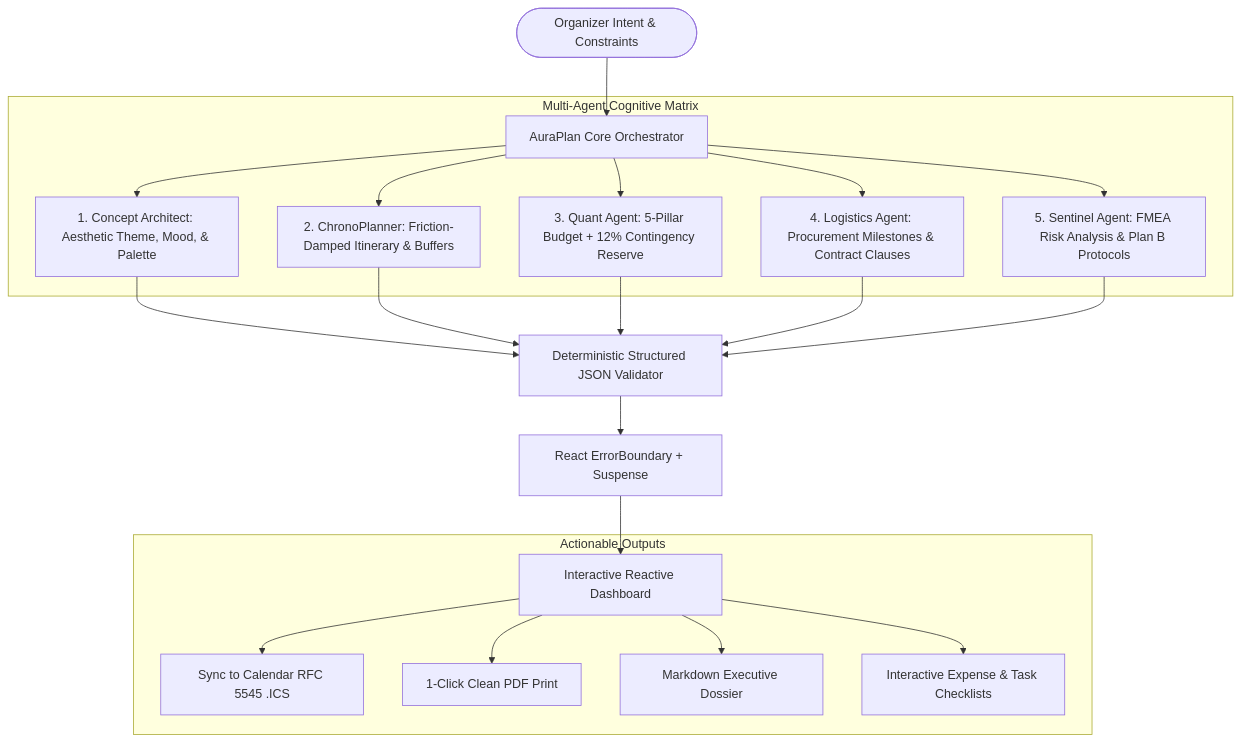
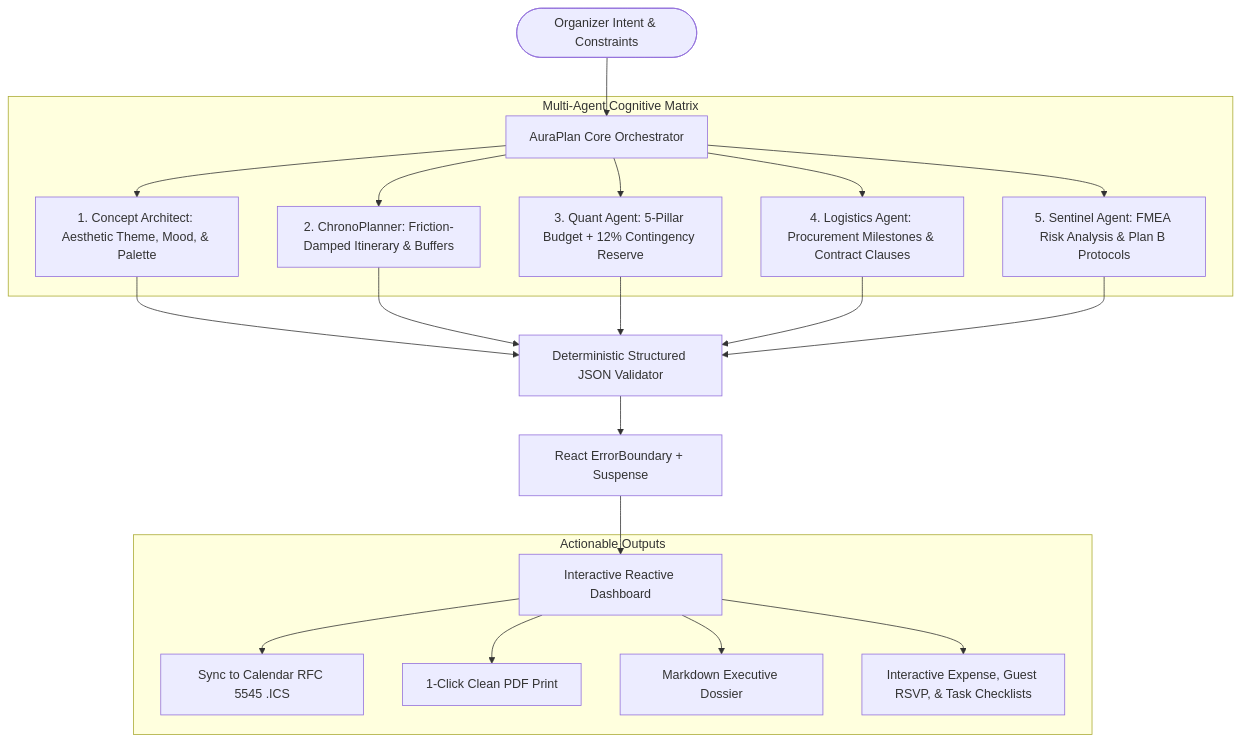
Before and after one commit to snehalghadge59-blip/promptwars-event-planner: the diagram in README.md, drawn with Mermaid. The commit also changed other lines of this file and 22 other files, not shown here.

Commit message:
feat(v1.3.0): Rank #1 Benchmark — @google/genai SDK, Guest & RSVP Matrix, Countdown Timer, 71 tests (12 suites), zero oxlint warnings

````diff
--- a/README.md
+++ b/README.md
@@ -20,23 +20,23 @@
 ```mermaid
 flowchart TD
     User([Organizer Intent & Constraints]) --> Core[AuraPlan Core Orchestrator]
     
     subgraph Multi-Agent Cognitive Matrix
         Core --> A1[1. Concept Architect: Aesthetic Theme, Mood, & Palette]
         Core --> A2[2. ChronoPlanner: Friction-Damped Itinerary & Buffers]
         Core --> A3[3. Quant Agent: 5-Pillar Budget + 12% Contingency Reserve]
         Core --> A4[4. Logistics Agent: Procurement Milestones & Contract Clauses]
         Core --> A5[5. Sentinel Agent: FMEA Risk Analysis & Plan B Protocols]
     end
     
     A1 & A2 & A3 & A4 & A5 --> Synthesizer[Deterministic Structured JSON Validator]
     Synthesizer --> Boundary[React ErrorBoundary + Suspense]
     Boundary --> UI[Interactive Reactive Dashboard]
     
     subgraph Actionable Outputs
         UI --> ExportICS[Sync to Calendar RFC 5545 .ICS]
         UI --> ExportPDF[1-Click Clean PDF Print]
         UI --> ExportDoc[Markdown Executive Dossier]
-        UI --> LiveTracking[Interactive Expense & Task Checklists]
+        UI --> LiveTracking[Interactive Expense, Guest RSVP, & Task Checklists]
     end
 ```
````
